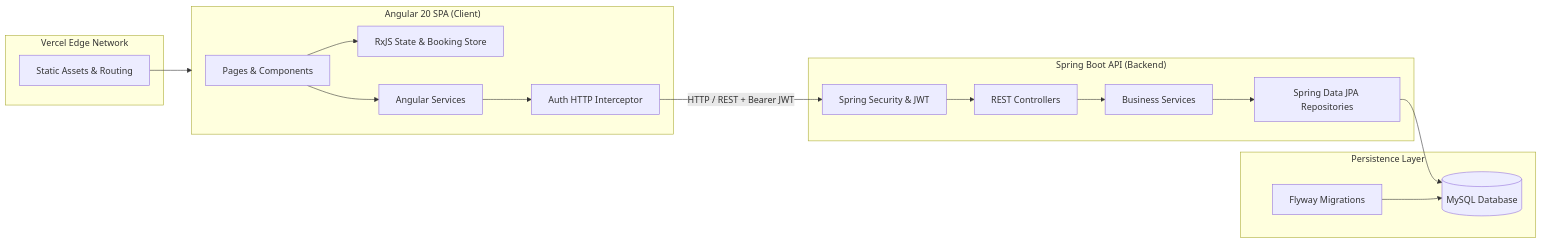
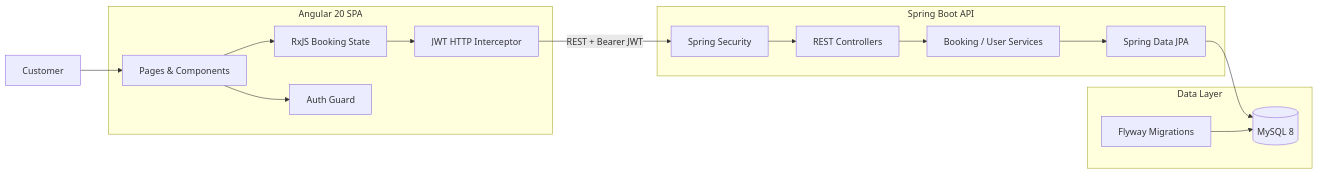
The second of 4 diagrams in README.md (shawky2002020/tvs-spaces), drawn with Mermaid before and after one commit. The commit also changed other lines of this file, not shown here.

````diff
--- a/README.md
+++ b/README.md
@@ -94,36 +151,34 @@
 ```mermaid
 flowchart LR
-    subgraph Client ["Angular 20 SPA (Client)"]
-        UI["Pages & Components"]
-        STATE["RxJS State & Booking Store"]
-        SERVICES["Angular Services"]
-        INTERCEPTOR["Auth HTTP Interceptor"]
+    USER[Customer]
+
+    subgraph CLIENT[Angular 20 SPA]
+        UI[Pages & Components]
+        RX[RxJS Booking State]
+        INT[JWT HTTP Interceptor]
+        GUARD[Auth Guard]
     end
 
-    subgraph Hosting ["Vercel Edge Network"]
-        CDN["Static Assets & Routing"]
+    subgraph API[Spring Boot API]
+        SEC[Spring Security]
+        CTRL[REST Controllers]
+        SVC[Booking / User Services]
+        JPA[Spring Data JPA]
     end
 
-    subgraph Server ["Spring Boot API (Backend)"]
-        SECURITY["Spring Security & JWT"]
-        REST["REST Controllers"]
-        SPRING_SVC["Business Services"]
-        REPO["Spring Data JPA Repositories"]
+    subgraph DATA[Data Layer]
+        DB[(MySQL 8)]
+        FLY[Flyway Migrations]
     end
 
-    subgraph Database ["Persistence Layer"]
-        MYSQL[("MySQL Database")]
-        FLYWAY["Flyway Migrations"]
-    end
-
-    UI --> STATE
-    UI --> SERVICES
-    SERVICES --> INTERCEPTOR
-    INTERCEPTOR -->|HTTP / REST + Bearer JWT| SECURITY
-    SECURITY --> REST
-    REST --> SPRING_SVC
-    SPRING_SVC --> REPO
-    REPO --> MYSQL
-    FLYWAY --> MYSQL
-    CDN --> Client
+    USER --> UI
+    UI --> RX
+    UI --> GUARD
+    RX --> INT
+    INT -->|REST + Bearer JWT| SEC
+    SEC --> CTRL
+    CTRL --> SVC
+    SVC --> JPA
+    JPA --> DB
+    FLY --> DB
 ```
````
